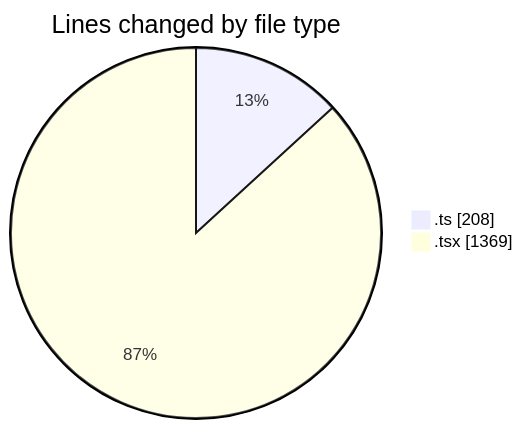
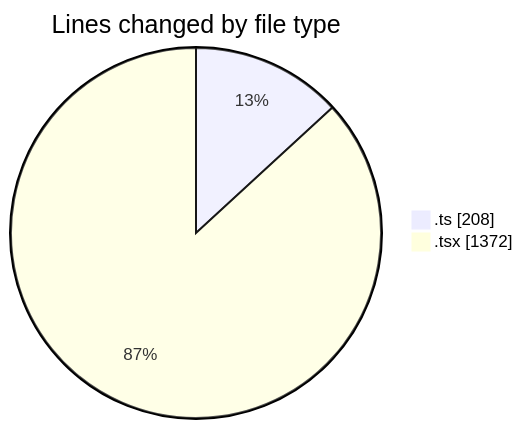
One commit to robertbonfada/code-tracking changed the first of 2 diagrams in 2025-01-27/termonied-web/README.md. Above: the diagram before and after it, drawn with Mermaid. The commit also changed other lines of this file and 1 other file, not shown here.

````diff
--- a/2025-01-27/termonied-web/README.md
+++ b/2025-01-27/termonied-web/README.md
@@ -26,6 +26,6 @@
 ```mermaid
 pie showData
 title Lines changed by file type
 ".ts" : 208
-".tsx" : 1369
+".tsx" : 1372
 ```
````
